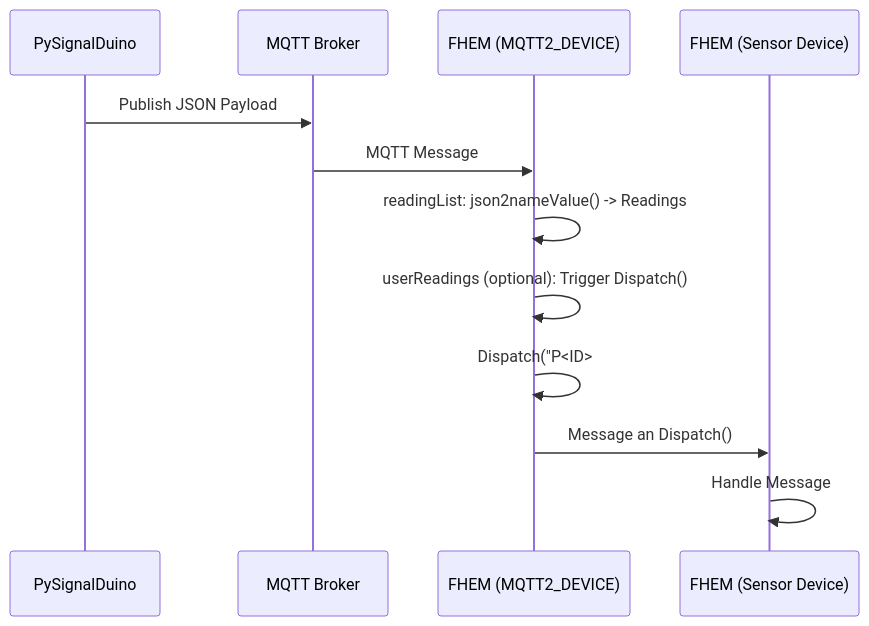
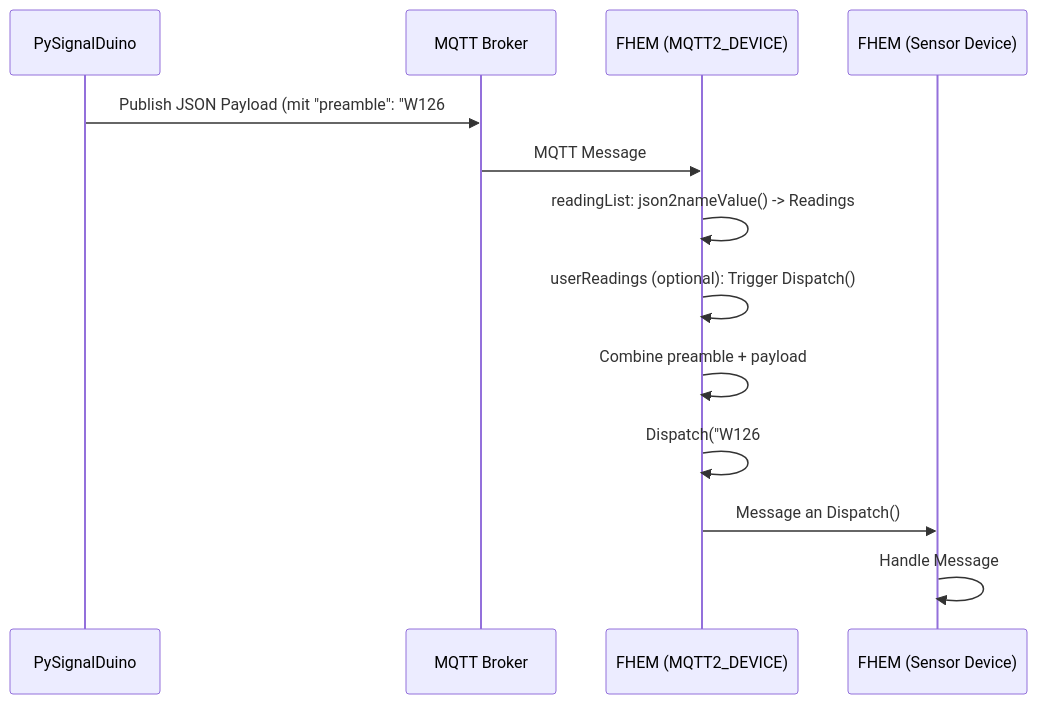
The first of 5 diagrams in docs/architecture/proposals/fhem_mqtt_integration.adoc (RFD-FHEM/PySignalduino), drawn with Mermaid before and after one commit. The commit also changed other lines of this file and 5 other files, not shown here.

Commit message:
feat: Implementiere MqttSignalduino_DispatchFromJSON zur Verarbeitung von JSON-Nachrichten und aktualisiere die FHEM-Konfiguration

```diff
--- a/docs/architecture/proposals/fhem_mqtt_integration.adoc
+++ b/docs/architecture/proposals/fhem_mqtt_integration.adoc
@@ -108,16 +121,17 @@
 [mermaid]
 ....
 sequenceDiagram
     participant P as PySignalDuino
     participant M as MQTT Broker
     participant F as FHEM (MQTT2_DEVICE)
     participant D as FHEM (Sensor Device)
 
-    P ->> M: Publish JSON Payload
+    P ->> M: Publish JSON Payload (mit "preamble": "W126#", "payload": "40...")
     M ->> F: MQTT Message
     F ->> F: readingList: json2nameValue() -> Readings
     F ->> F: userReadings (optional): Trigger Dispatch()
-    F ->> F: Dispatch("P<ID>#<DATA>")
+    F ->> F: Combine preamble + payload
+    F ->> F: Dispatch("W126#40...")
     F ->> D: Message an Dispatch()
     D ->> D: Handle Message
 ....
```
